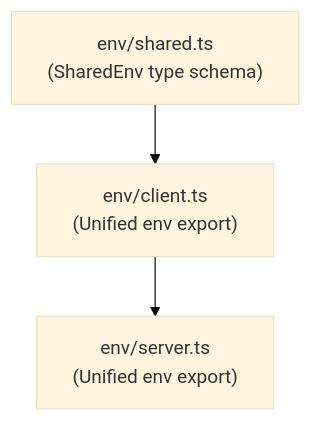
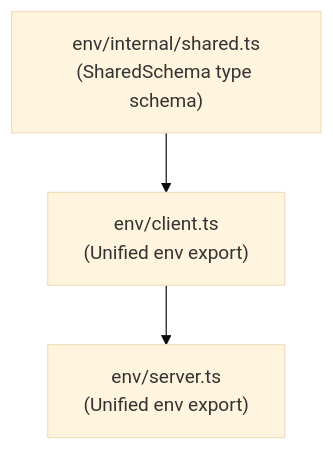
One commit to yamcodes/arkenv changed the diagram in apps/www/content/docs/nextjs/index.mdx. Above: the diagram before and after it, drawn with Mermaid (base theme). The commit also changed other lines of this file and 12 other files, not shown here.

Commit message:
refactor: move shared environment schemas to internal directory and rename exports for safety

````diff
--- a/apps/www/content/docs/nextjs/index.mdx
+++ b/apps/www/content/docs/nextjs/index.mdx
@@ -16,5 +16,5 @@
 ```mermaid
 graph TD
-    Shared["env/shared.ts<br/>(SharedEnv type schema)"] --> Client["env/client.ts<br/>(Unified env export)"]
+    Shared["env/internal/shared.ts<br/>(SharedSchema type schema)"] --> Client["env/client.ts<br/>(Unified env export)"]
     Client --> Server["env/server.ts<br/>(Unified env export)"]
 ```
````
